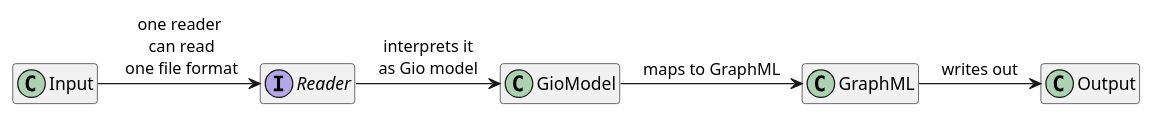
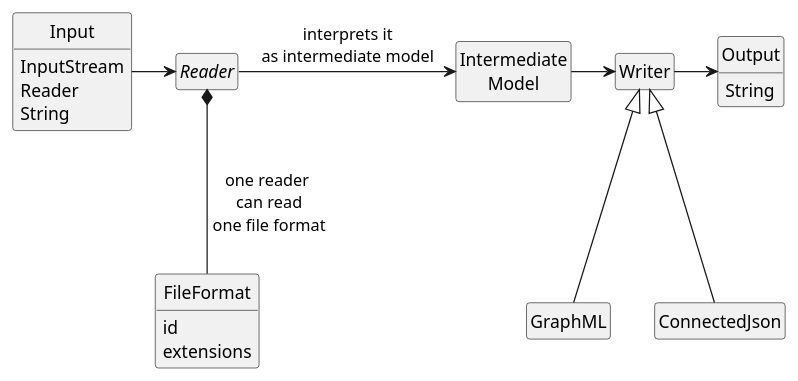
Before and after one commit to Calpano/graphinout: the first of 6 diagrams in architecture.adoc, drawn with PlantUML. The commit also changed other lines of this file, not shown here.

```diff
--- a/architecture.adoc
+++ b/architecture.adoc
@@ -8,11 +8,28 @@
 [plantuml,basic-idea,svg]
 ....
 hide empty members
-class Input
-class Output
+hide circle
+' left to right direction
+
+class Input {
+    InputStream
+    Reader
+    String
+}
+class FileFormat {
+    id
+    extensions
+}
+class IntermediateModel as "Intermediate\nModel"
+class Output {
+    String
+}
 interface Reader
-Input -> Reader : one reader\n can read\n one file format
-Reader -> GioModel: interprets it\nas Gio model
-GioModel -> GraphML: maps to GraphML
-GraphML -> Output: writes out
+Input -> Reader
+Reader *-- FileFormat: one reader\n can read\n one file format
+Reader -> IntermediateModel: interprets it\nas intermediate model
+IntermediateModel -> Writer
+Writer <|-- GraphML
+Writer <|-- ConnectedJson
+Writer -> Output
 ....
```
